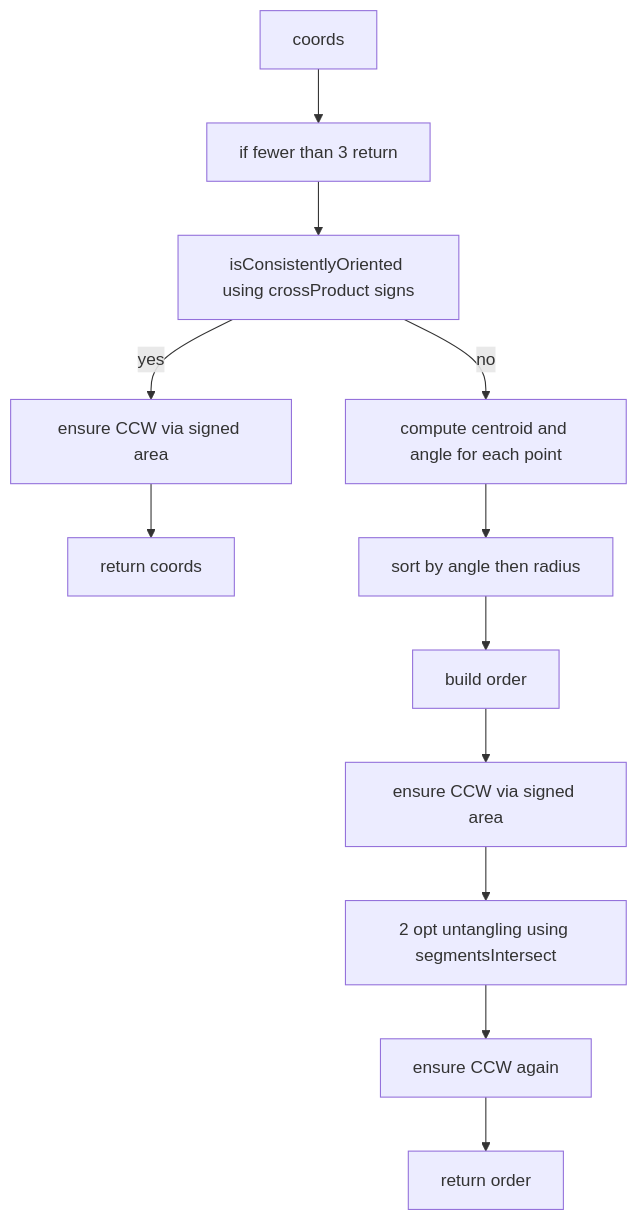
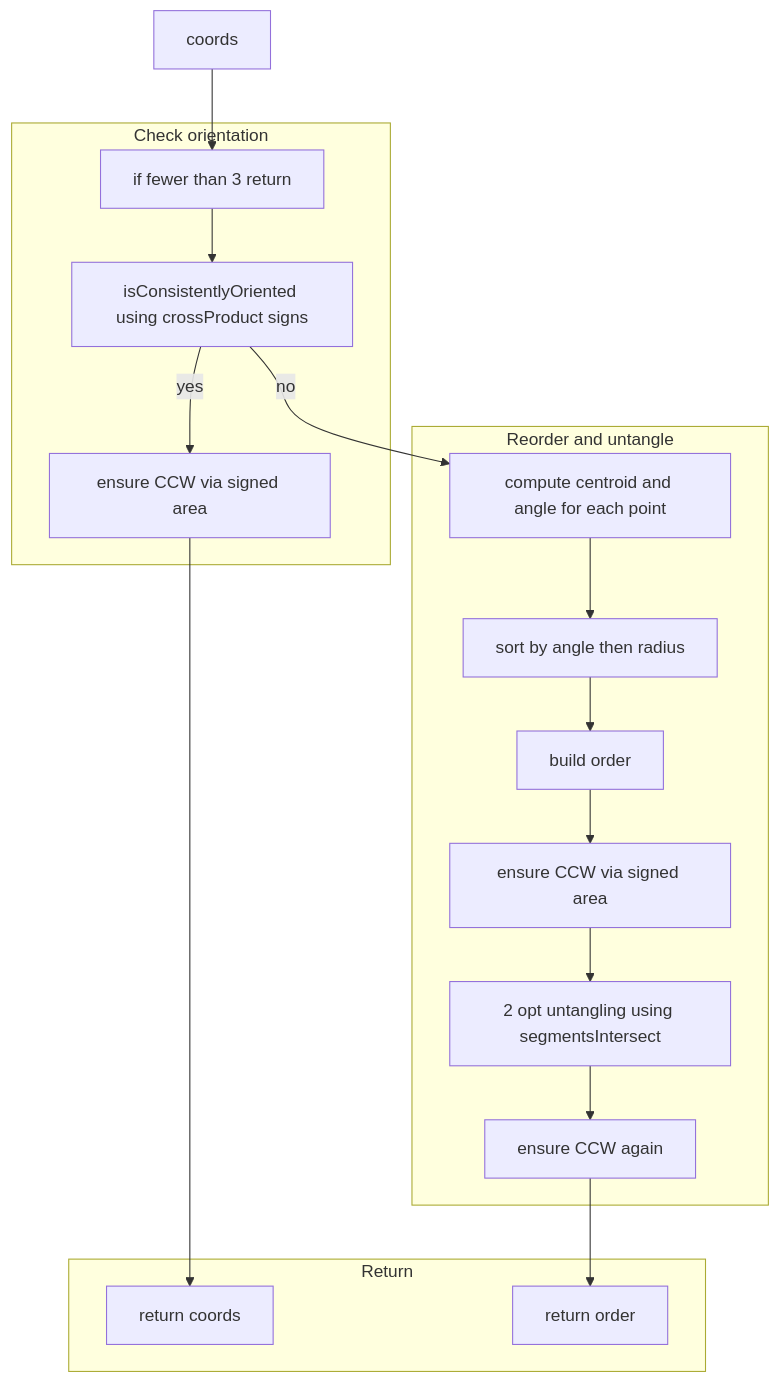
The second of 5 diagrams in docs/poly/convert_and_order.md (Gh0st352/AETHR), drawn with Mermaid before and after one commit. The commit also changed other lines of this file and 9 other files, not shown here.

First line of the commit message:
docs(poly): improve README headings and mermaid diagrams

````diff
--- a/docs/poly/convert_and_order.md
+++ b/docs/poly/convert_and_order.md
@@ -39,14 +65,38 @@
 ```mermaid
+%% shared theme: docs/_mermaid/theme.json %%
 flowchart TD
   IN[coords] --> N[if fewer than 3 return]
   N --> CONS[isConsistentlyOriented using crossProduct signs]
   CONS -->|yes| CCW[ensure CCW via signed area]
   CCW --> RET0[return coords]
   CONS -->|no| CENT[compute centroid and angle for each point]
   CENT --> SORT[sort by angle then radius]
   SORT --> ORDER[build order]
   ORDER --> CCW2[ensure CCW via signed area]
   CCW2 --> UNTAN[2 opt untangling using segmentsIntersect]
   UNTAN --> CCW3[ensure CCW again]
   CCW3 --> RET1[return order]
+
+  subgraph "Check orientation"
+    N
+    CONS
+    CCW
+  end
+  subgraph "Reorder and untangle"
+    CENT
+    SORT
+    ORDER
+    CCW2
+    UNTAN
+    CCW3
+  end
+  subgraph "Return"
+    RET0
+    RET1
+  end
+
+  class IN class_io;
+  class N,CENT,SORT,ORDER,CCW,CCW2,UNTAN,CCW3 class_step;
+  class CONS class_decision;
+  class RET0,RET1 class_result;
 ```
````
